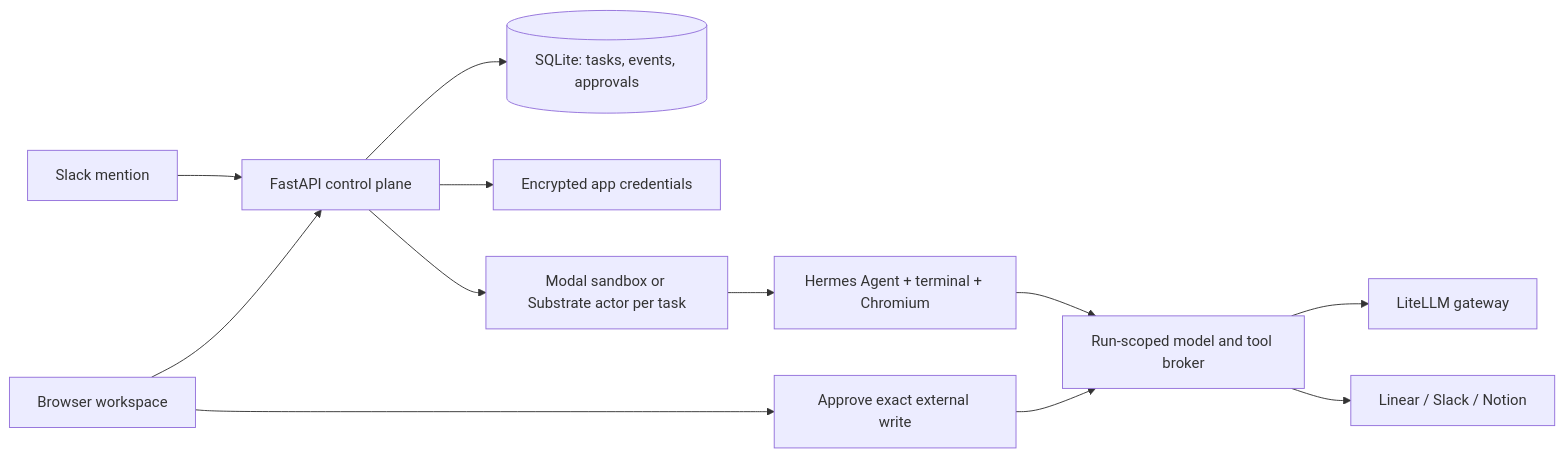
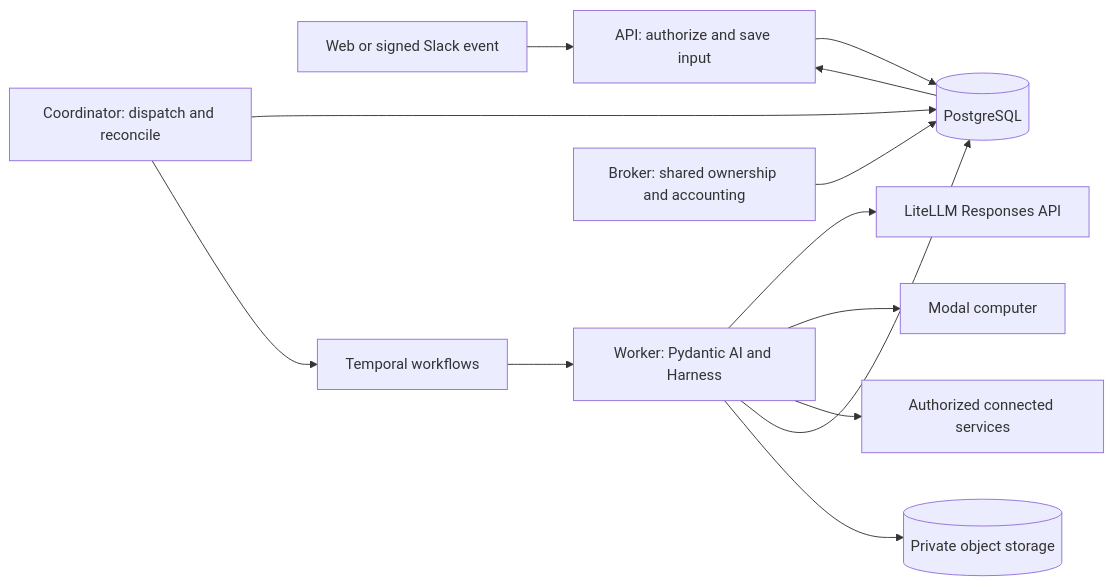
One commit to BerriAI/moyai changed the diagram in docs/architecture.md. Above: the diagram before and after it, drawn with Mermaid. The commit also changed other lines of this file and 185 other files, not shown here.

````diff
--- a/docs/architecture.md
+++ b/docs/architecture.md
@@ -44,14 +7,15 @@
 ```mermaid
 flowchart LR
-  S[Slack mention] --> C[FastAPI control plane]
-  U[Browser workspace] --> C
-  C --> D[(SQLite: tasks, events, approvals)]
-  C --> V[Encrypted app credentials]
-  C --> M[Modal sandbox or Substrate actor per task]
-  M --> H[Hermes Agent + terminal + Chromium]
-  H --> B[Run-scoped model and tool broker]
-  B --> L[LiteLLM gateway]
-  B --> A[Linear / Slack / Notion]
-  U --> P[Approve exact external write]
-  P --> B
+  User[Web or signed Slack event] --> API[API: authorize and save input]
+  API --> DB[(PostgreSQL)]
+  Coordinator[Coordinator: dispatch and reconcile] --> DB
+  Coordinator --> Temporal[Temporal workflows]
+  Temporal --> Worker[Worker: Pydantic AI and Harness]
+  Worker --> Model[LiteLLM Responses API]
+  Worker --> Computer[Modal computer]
+  Worker --> Services[Authorized connected services]
+  Worker --> DB
+  Worker --> Objects[(Private object storage)]
+  Broker[Broker: shared ownership and accounting] --> DB
+  DB --> API
 ```
````
